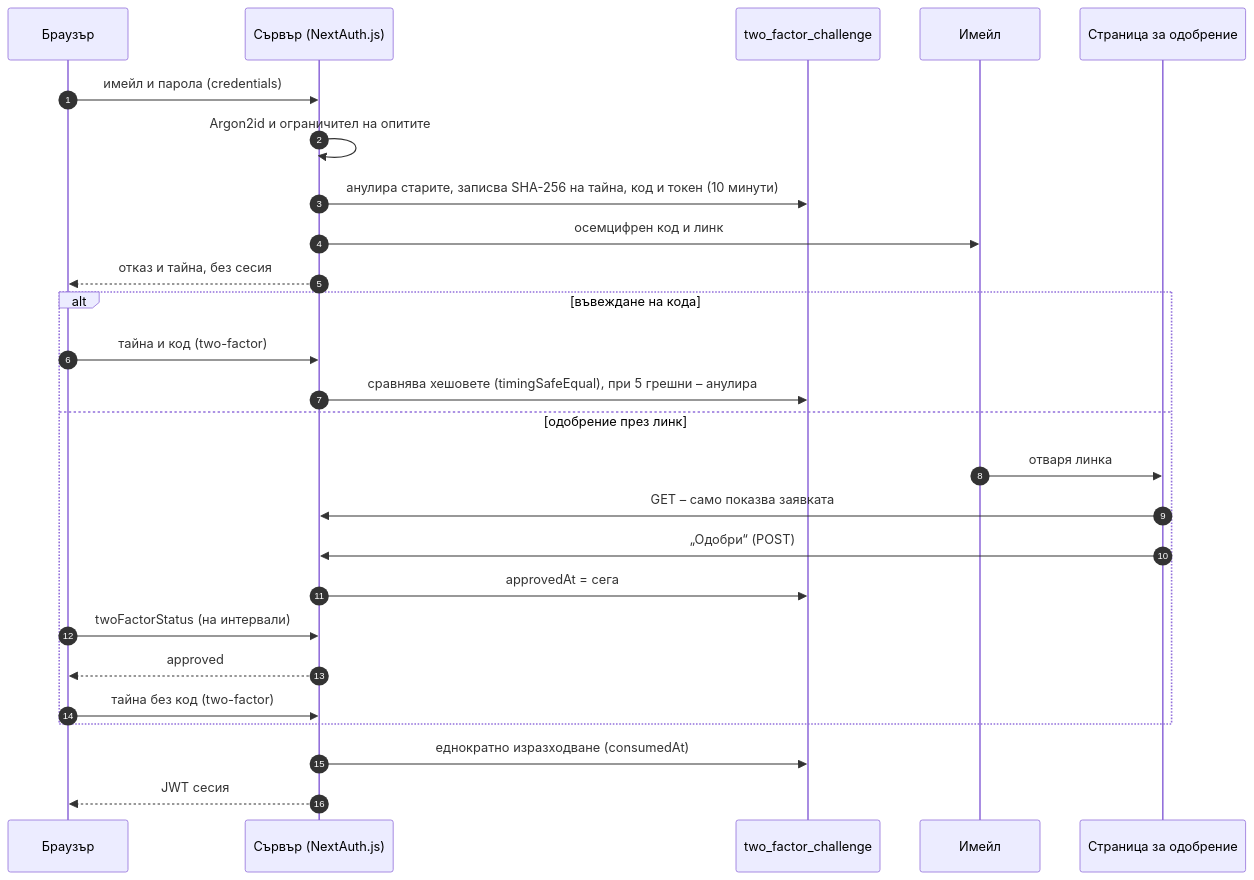
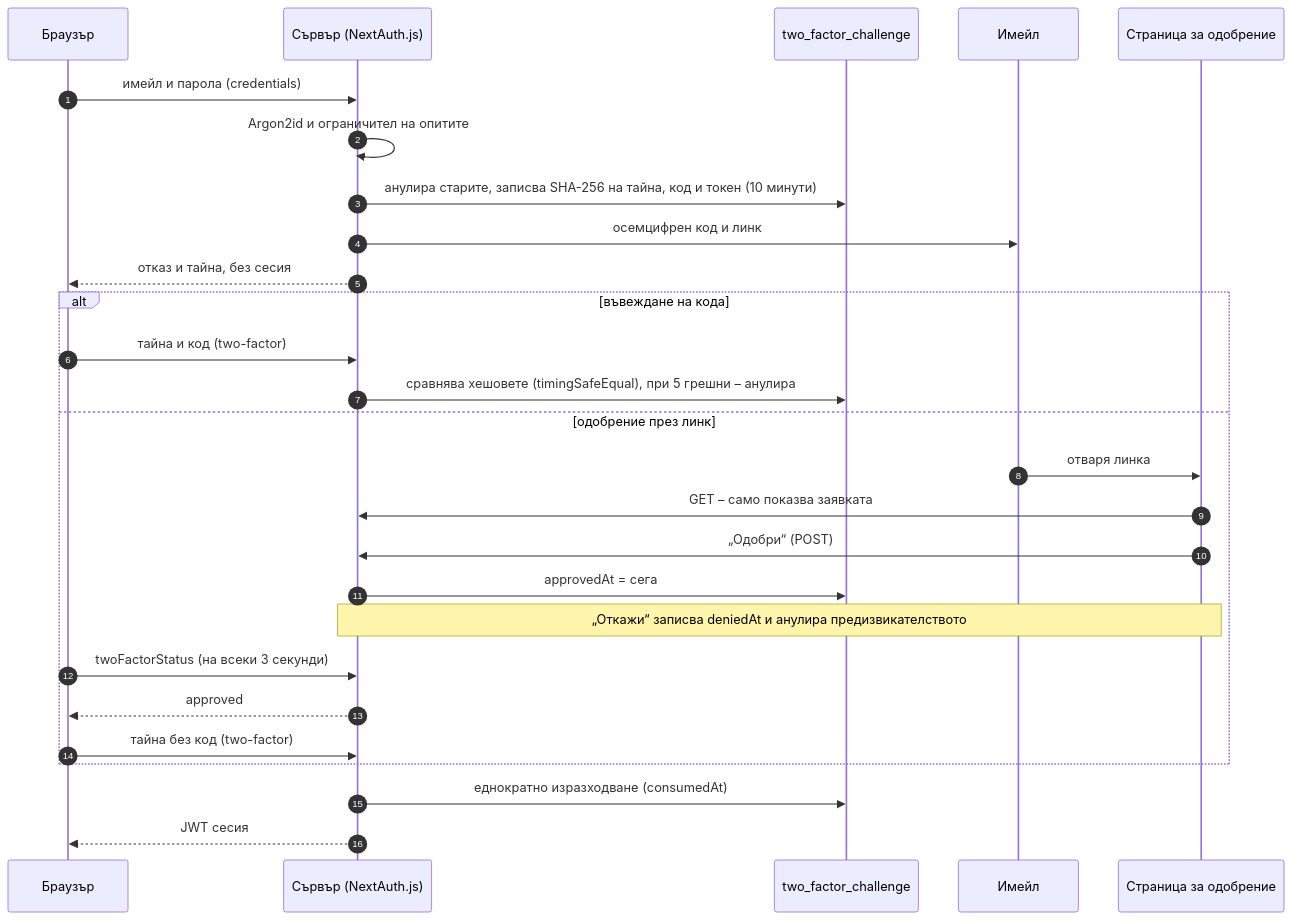
Diagram 14 of 19 in docs/diploma/diagrams/GALLERY.md (tuncheva/KAIROS), drawn with Mermaid before and after one commit. The commit also changed other lines of this file and 68 other files, not shown here.

First line of the commit message:
fix(thesis): replace Word-drawn figures; apply approved diagram changes

````diff
--- a/docs/diploma/diagrams/GALLERY.md
+++ b/docs/diploma/diagrams/GALLERY.md
@@ -388,29 +403,30 @@
 ```mermaid
 %% Фигура 14 – Двуфакторен вход с код или одобрение през линк
 sequenceDiagram
   autonumber
   participant B as Браузър
   participant S as Сървър (NextAuth.js)
   participant DB as two_factor_challenge
   participant E as Имейл
   participant A as Страница за одобрение
   B->>S: имейл и парола (credentials)
   S->>S: Argon2id и ограничител на опитите
   S->>DB: анулира старите, записва SHA-256 на тайна, код и токен (10 минути)
   S->>E: осемцифрен код и линк
   S-->>B: отказ и тайна, без сесия
   alt въвеждане на кода
     B->>S: тайна и код (two-factor)
     S->>DB: сравнява хешовете (timingSafeEqual), при 5 грешни – анулира
   else одобрение през линк
     E->>A: отваря линка
     A->>S: GET – само показва заявката
     A->>S: „Одобри“ (POST)
     S->>DB: approvedAt = сега
-    B->>S: twoFactorStatus (на интервали)
+    Note over A,S: „Откажи“ записва deniedAt и анулира предизвикателството
+    B->>S: twoFactorStatus (на всеки 3 секунди)
     S-->>B: approved
     B->>S: тайна без код (two-factor)
   end
   S->>DB: еднократно изразходване (consumedAt)
   S-->>B: JWT сесия
 ```
````
